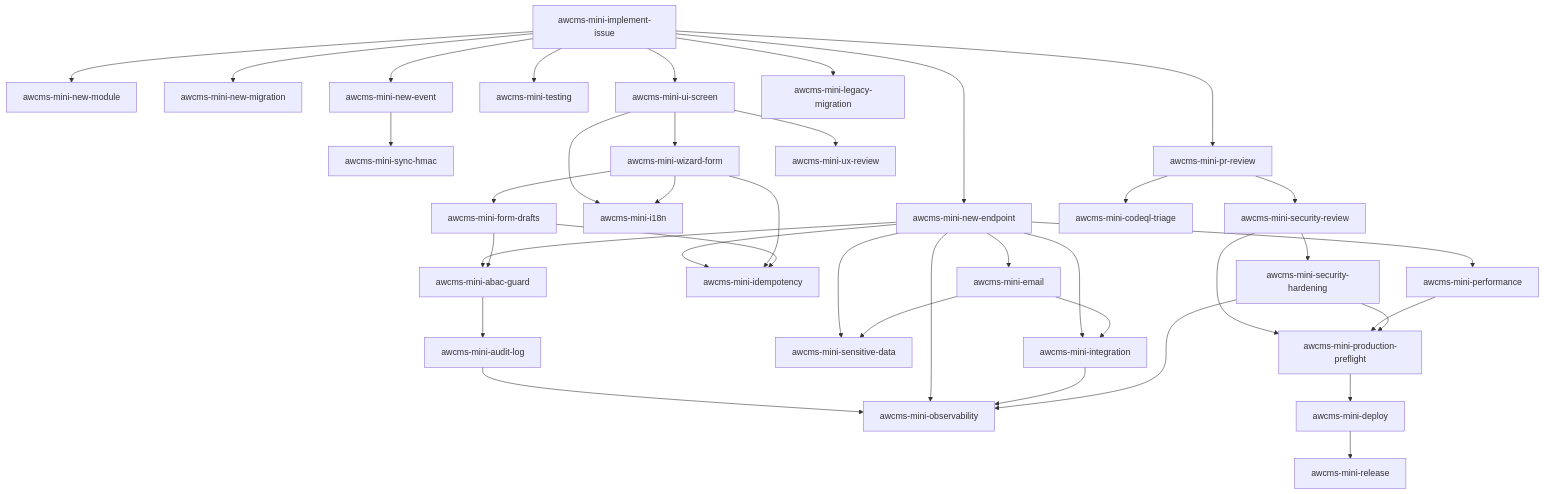
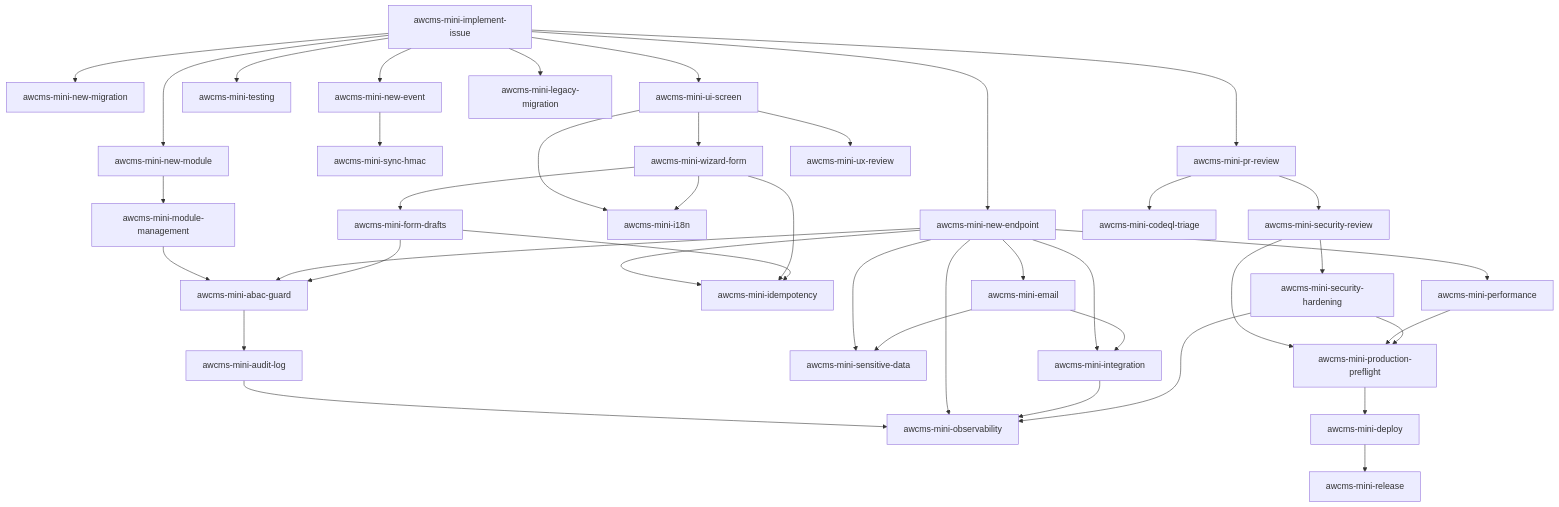
One commit to ahliweb/awcms-mini changed the diagram in .claude/skills/README.md. Above: the diagram before and after it, drawn with Mermaid. The commit also changed other lines of this file and 16 other files, not shown here.

First line of the commit message:
docs(module-management): update contracts, SOP, threat model for epic #510 (#522)

````diff
--- a/.claude/skills/README.md
+++ b/.claude/skills/README.md
@@ -59,42 +60,44 @@
 ```mermaid
 flowchart TD
   II[awcms-mini-implement-issue] --> NM[awcms-mini-new-module]
+  NM --> MM[awcms-mini-module-management]
+  MM --> ABAC
   II --> MIG[awcms-mini-new-migration]
   II --> EP[awcms-mini-new-endpoint]
   II --> EV[awcms-mini-new-event]
   II --> TST[awcms-mini-testing]
   EP --> ABAC[awcms-mini-abac-guard]
   EP --> IDEM[awcms-mini-idempotency]
   ABAC --> AUD[awcms-mini-audit-log]
   AUD --> OBS[awcms-mini-observability]
   EP --> OBS
   EP --> SD[awcms-mini-sensitive-data]
   EV --> SYNC[awcms-mini-sync-hmac]
   II --> UI[awcms-mini-ui-screen]
   UI --> I18N[awcms-mini-i18n]
   UI --> WIZ[awcms-mini-wizard-form]
   WIZ --> IDEM
   WIZ --> I18N
   WIZ --> DRAFT[awcms-mini-form-drafts]
   DRAFT --> IDEM
   DRAFT --> ABAC
   II --> LEG[awcms-mini-legacy-migration]
   II --> PR[awcms-mini-pr-review]
   PR --> SEC[awcms-mini-security-review]
   PR --> CQ[awcms-mini-codeql-triage]
   SEC --> PF[awcms-mini-production-preflight]
   PF --> DEP[awcms-mini-deploy]
   DEP --> REL[awcms-mini-release]
 
   UI --> UXR[awcms-mini-ux-review]
   EP --> PERF[awcms-mini-performance]
   EP --> INT[awcms-mini-integration]
   INT --> OBS
   SEC --> HARD[awcms-mini-security-hardening]
   HARD --> OBS
   PERF --> PF
   HARD --> PF
   EP --> EMAIL[awcms-mini-email]
   EMAIL --> INT
   EMAIL --> SD
 ```
````
